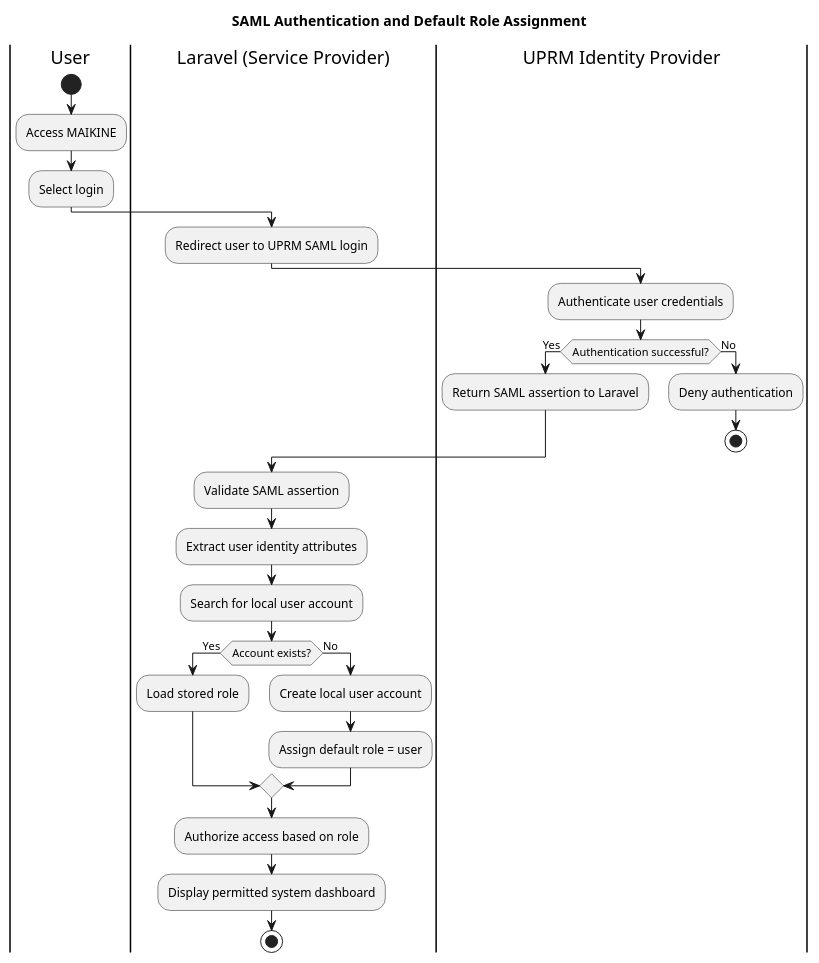
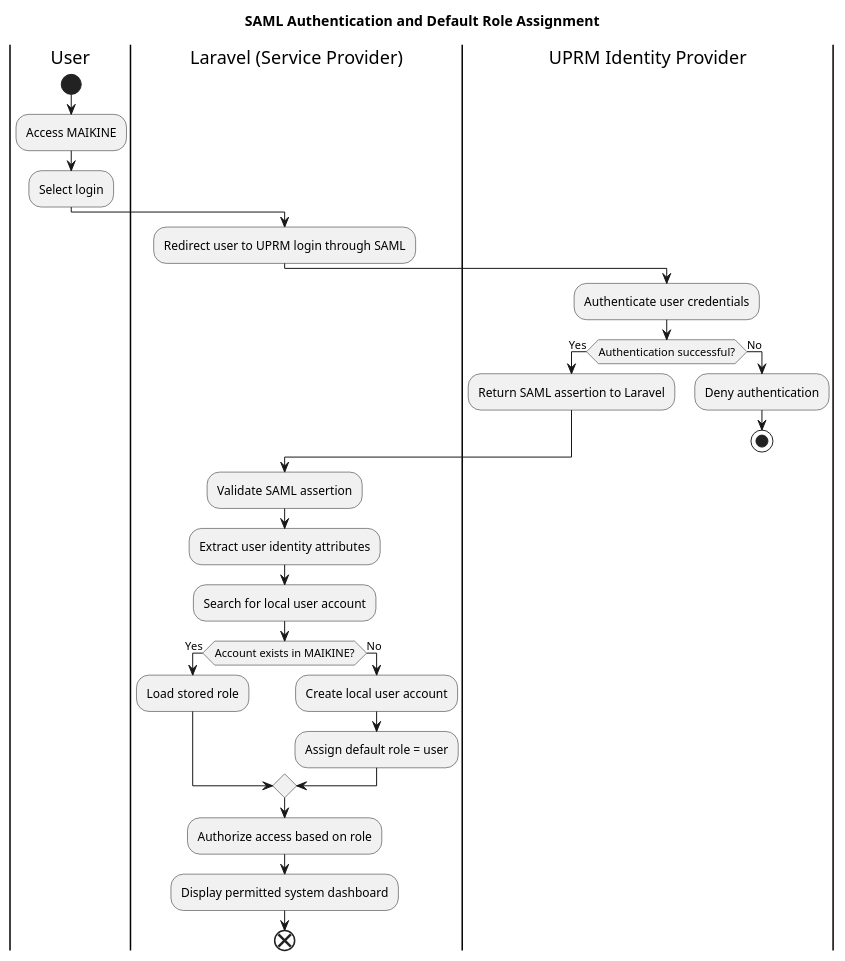
One commit to JanPerez35/PlantUML changed the diagram in activityDiagrams/SAML Authentication and Default Role Assignment.puml. Above: the diagram before and after it, drawn with PlantUML. The commit also changed 10 other files, not shown here.

Commit message:
Updated use case and activity diagrams.

```diff
--- a/activityDiagrams/SAML Authentication and Default Role Assignment.puml
+++ b/activityDiagrams/SAML Authentication and Default Role Assignment.puml
@@ -1,36 +1,36 @@
 @startuml
 title SAML Authentication and Default Role Assignment
 
 |User|
 start
 :Access MAIKINE;
 :Select login;
 
 |Laravel (Service Provider)|
-:Redirect user to UPRM SAML login;
+:Redirect user to UPRM login through SAML;
 
 |UPRM Identity Provider|
 :Authenticate user credentials;
 if (Authentication successful?) then (Yes)
   :Return SAML assertion to Laravel;
 else (No)
   :Deny authentication;
   stop
 endif
 
 |Laravel (Service Provider)|
 :Validate SAML assertion;
 :Extract user identity attributes;
 :Search for local user account;
-if (Account exists?) then (Yes)
+if (Account exists in MAIKINE?) then (Yes)
   :Load stored role;
 else (No)
   :Create local user account;
   :Assign default role = user;
 endif
 
 :Authorize access based on role;
 :Display permitted system dashboard;
 
-stop
+end
 @enduml
```
